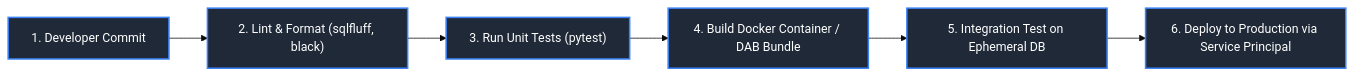
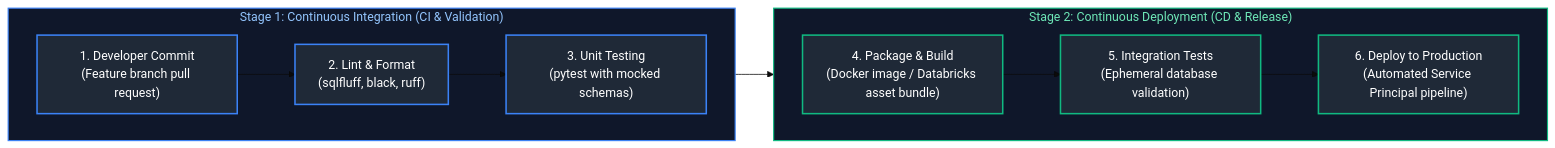
Before and after one commit to joydeep-biswas/Interview-Preparation: the tenth of 12 diagrams in Data Engineering/13_azure_data_engineering_and_devops.md, drawn with Mermaid (base theme). The commit also changed other lines of this file and 76 other files, not shown here.

Commit message:
Updated Charts

````diff
--- a/Data Engineering/13_azure_data_engineering_and_devops.md
+++ b/Data Engineering/13_azure_data_engineering_and_devops.md
@@ -862,15 +865,23 @@
 ```mermaid
 flowchart LR
-    Dev["1. Developer Commit"] --> Lint["2. Lint & Format (sqlfluff, black)"]
-    Lint --> Unit["3. Run Unit Tests (pytest)"]
-    Unit --> Build["4. Build Docker Container / DAB Bundle"]
-    Build --> TestInt["5. Integration Test on Ephemeral DB"]
-    TestInt --> Deploy["6. Deploy to Production via Service Principal"]
+    subgraph Stage1 ["Stage 1: Continuous Integration (CI & Validation)"]
+        direction LR
+        Dev["1. Developer Commit<br/>(Feature branch pull request)"] --> Lint["2. Lint & Format<br/>(sqlfluff, black, ruff)"] --> Unit["3. Unit Testing<br/>(pytest with mocked schemas)"]
+    end
 
+    subgraph Stage2 ["Stage 2: Continuous Deployment (CD & Release)"]
+        direction LR
+        Build["4. Package & Build<br/>(Docker image / Databricks asset bundle)"] --> TestInt["5. Integration Tests<br/>(Ephemeral database validation)"] --> Deploy["6. Deploy to Production<br/>(Automated Service Principal pipeline)"]
+    end
+
+    Unit --> Build
+
+    style Stage1 fill:#0f172a,stroke:#3b82f6,stroke-width:1.5px,color:#93c5fd
+    style Stage2 fill:#0f172a,stroke:#10b981,stroke-width:1.5px,color:#6ee7b7
     style Dev fill:#1f2937,stroke:#3b82f6,stroke-width:2px,color:#fff
     style Lint fill:#1f2937,stroke:#3b82f6,stroke-width:2px,color:#fff
     style Unit fill:#1f2937,stroke:#3b82f6,stroke-width:2px,color:#fff
-    style Build fill:#1f2937,stroke:#3b82f6,stroke-width:2px,color:#fff
-    style TestInt fill:#1f2937,stroke:#3b82f6,stroke-width:2px,color:#fff
-    style Deploy fill:#1f2937,stroke:#3b82f6,stroke-width:2px,color:#fff
+    style Build fill:#1f2937,stroke:#10b981,stroke-width:2px,color:#fff
+    style TestInt fill:#1f2937,stroke:#10b981,stroke-width:2px,color:#fff
+    style Deploy fill:#1f2937,stroke:#10b981,stroke-width:2px,color:#fff
 ```
````
